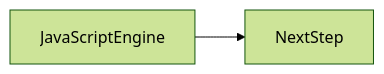
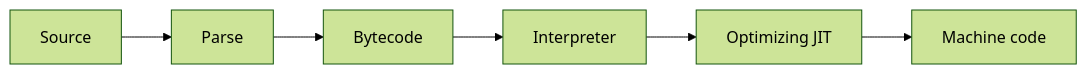
The second of 2 diagrams in docs/en/03-browser/javascript-engine/index.md (OmidJavaherii/Frontend-Engineering-Handbook), drawn with Mermaid (forest theme) before and after one commit. The commit also changed other lines of this file and 461 other files, not shown here.

````diff
--- a/docs/en/03-browser/javascript-engine/index.md
+++ b/docs/en/03-browser/javascript-engine/index.md
@@ -97,4 +112,7 @@
 ```mermaid
 flowchart LR
-  concept[JavaScriptEngine] --> nextStep[NextStep]
+  Src[Source] --> Parse --> BC[Bytecode]
+  BC --> Interp[Interpreter]
+  Interp --> Opt[Optimizing JIT]
+  Opt --> Native[Machine code]
 ```
````
